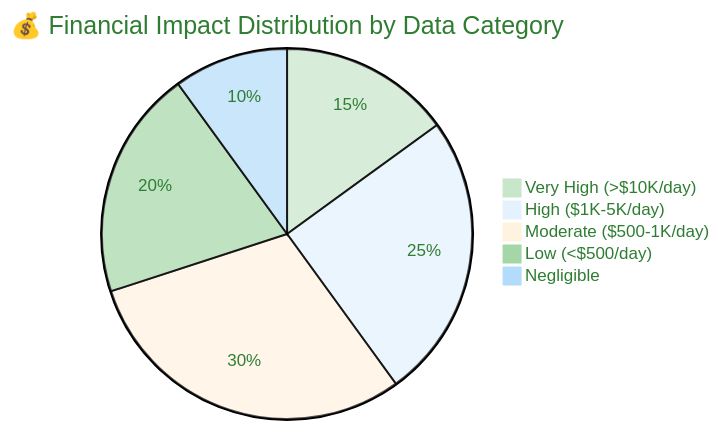
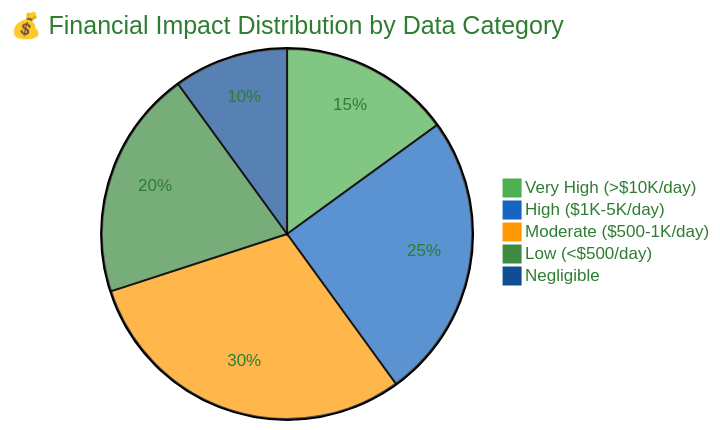
One commit to Hack23/ISMS-PUBLIC changed the third of 10 diagrams in Data_Classification_Policy.md. Above: the diagram before and after it, drawn with Mermaid. The commit also changed other lines of this file and 35 other files, not shown here.

````diff
--- a/Data_Classification_Policy.md
+++ b/Data_Classification_Policy.md
@@ -235,20 +235,20 @@
 ```mermaid
 %%{
   init: {
     'theme': 'base',
     'themeVariables': {
-      'primaryColor': '#c8e6c9',
-      'primaryTextColor': '#2e7d32',
-      'lineColor': '#66bb6a',
-      'secondaryColor': '#e3f2fd',
-      'tertiaryColor': '#fff3e0'
+      'primaryColor': '#4CAF50',
+      'primaryTextColor': '#2E7D32',
+      'lineColor': '#4CAF50',
+      'secondaryColor': '#1565C0',
+      'tertiaryColor': '#FF9800'
     }
   }
 }%%
 pie title 💰 Financial Impact Distribution by Data Category
     "Very High (>$10K/day)" : 15
     "High ($1K-5K/day)" : 25
     "Moderate ($500-1K/day)" : 30
     "Low (<$500/day)" : 20
     "Negligible" : 10
 ```
````
